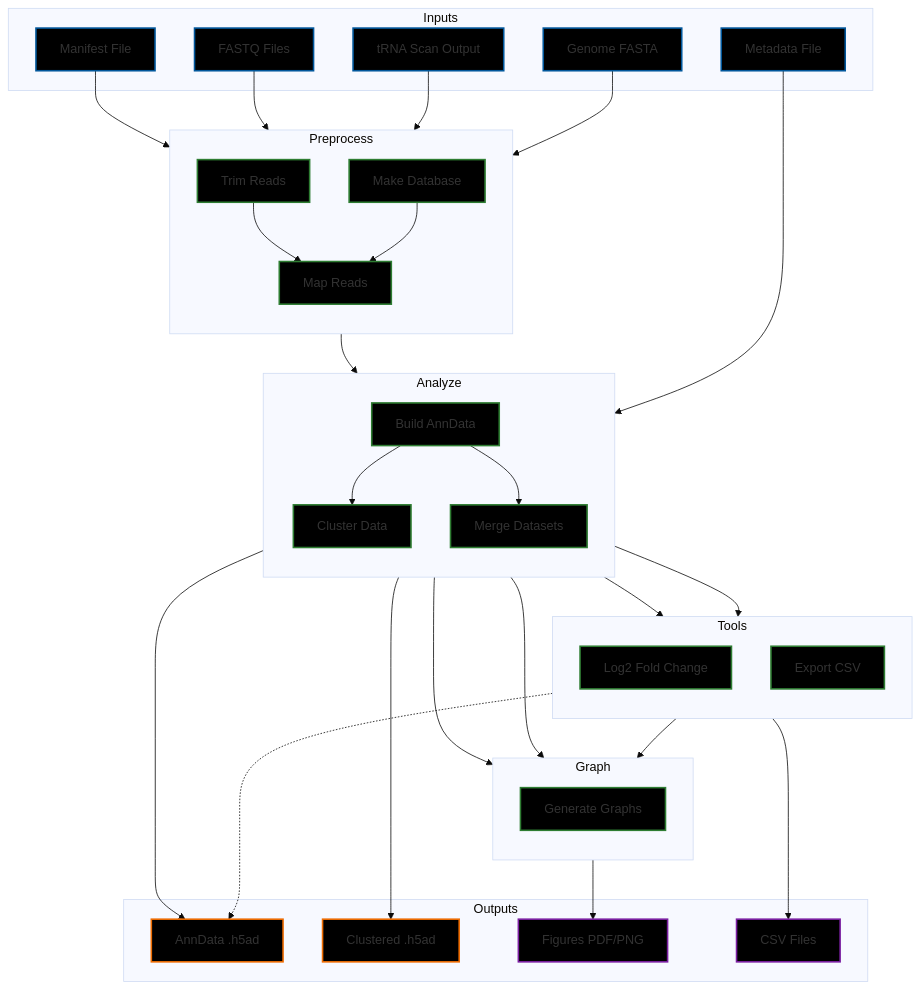
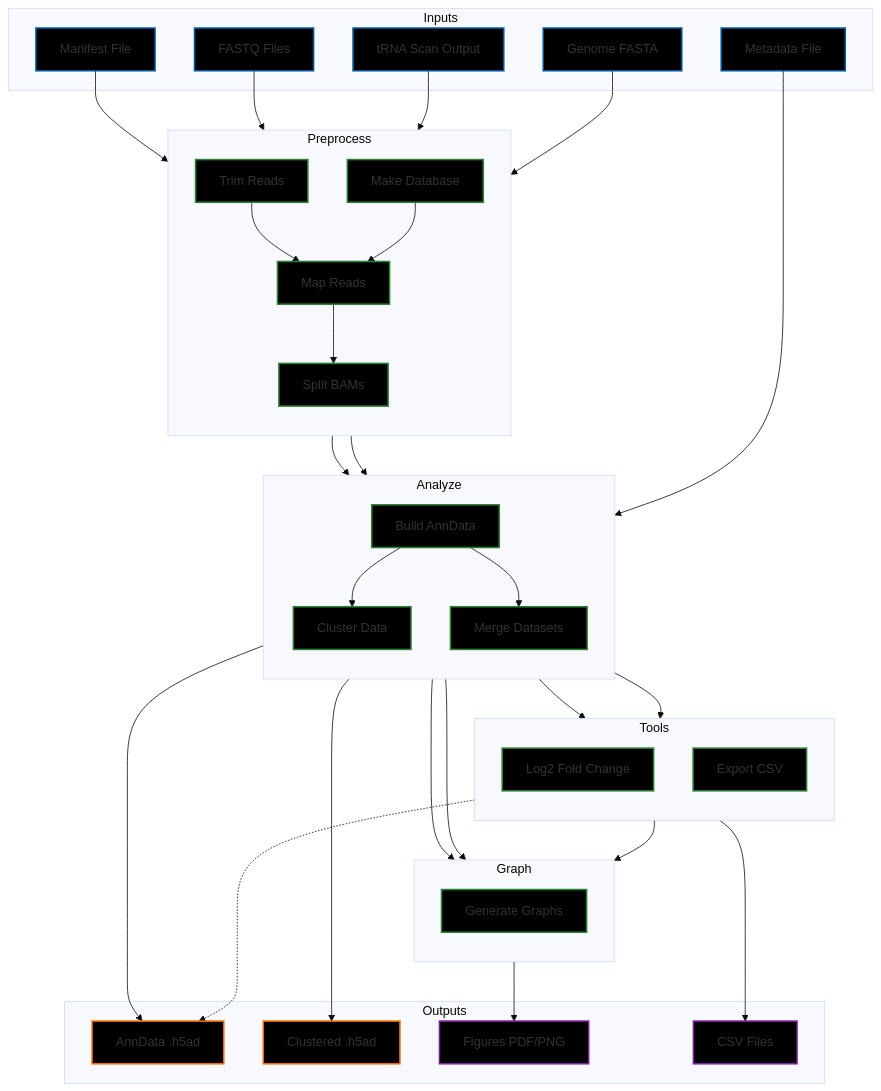
One commit to alba1735/tRNAgraph changed the diagram in docs/advanced_usage.md. Above: the diagram before and after it, drawn with Mermaid (base theme). The commit also changed other lines of this file and 5 other files, not shown here.

````diff
--- a/docs/advanced_usage.md
+++ b/docs/advanced_usage.md
@@ -7,76 +7,79 @@
 ```mermaid
 graph TD
     %% Classes
     classDef input fill:#000000,stroke:#01579b,stroke-width:2px;
     classDef process fill:#000000,stroke:#2e7d32,stroke-width:2px;
     classDef storage fill:#000000,stroke:#ef6c00,stroke-width:2px;
     classDef output fill:#000000,stroke:#7b1fa2,stroke-width:2px;
 
     subgraph Inputs
         M[Manifest File]
         MD[Metadata File]
         FQ[FASTQ Files]
         G[Genome FASTA]
         T[tRNA Scan Output]
     end
 
     subgraph Preprocess
         direction TB
         DB[Make Database]
         TR[Trim Reads]
         MP[Map Reads]
+        SP[Split BAMs]
 
         G & T --> DB
         FQ & M --> TR
         TR --> MP
         DB --> MP
+        MP --> SP
     end
 
     subgraph Analyze
         direction TB
         B[Build AnnData]
         C[Cluster Data]
         MG[Merge Datasets]
 
         MP & MD --> B
+        SP --> B
         B --> C
         B --> MG
     end
 
     subgraph Tools
         direction TB
         L2FC[Log2 Fold Change]
         CSV[Export CSV]
 
         B --> L2FC
         B --> CSV
     end
 
     subgraph Graph
         direction TB
         V[Generate Graphs]
 
         C --> V
         B --> V
         L2FC --> V
     end
 
     subgraph Outputs
         H5[AnnData .h5ad]
         H5C[Clustered .h5ad]
         FIG[Figures PDF/PNG]
         CSVO[CSV Files]
     end
 
     B --> H5
     C --> H5C
     V --> FIG
     CSV --> CSVO
     L2FC -.-> H5
 
     %% Apply Classes
     class M,MD,FQ,G,T input;
-    class DB,TR,MP,B,C,MG,L2FC,CSV,V process;
+    class DB,TR,MP,SP,B,C,MG,L2FC,CSV,V process;
     class H5,H5C storage;
     class FIG,CSVO output;
 ```
````
